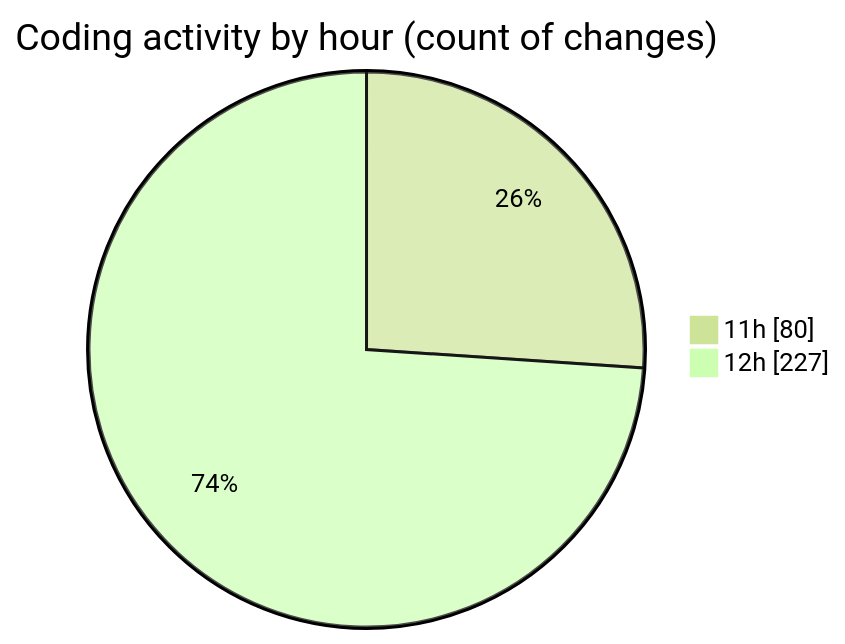
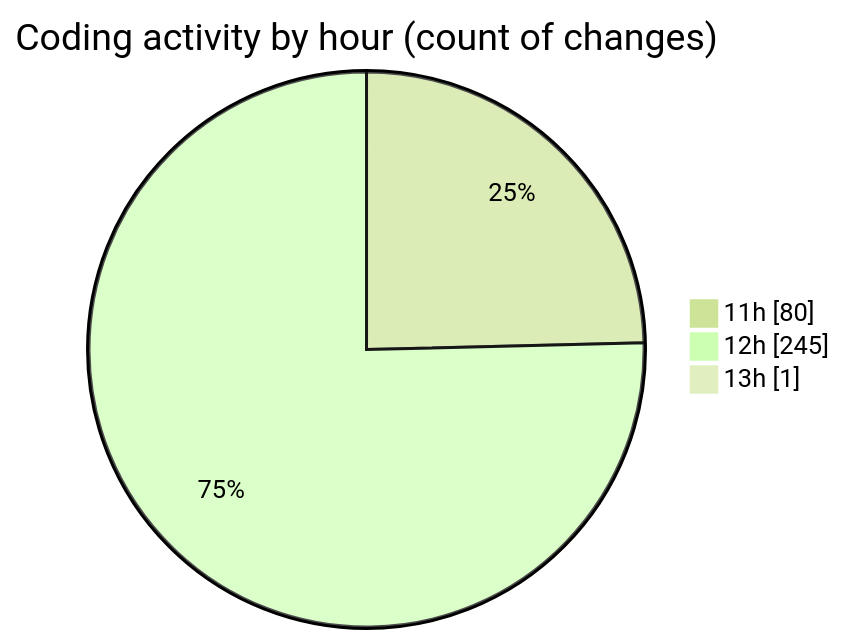
One commit to nxtqubesakshisongat/code-tracking changed the second of 2 diagrams in 2025-04-19/nxtqube_webapp/README.md. Above: the diagram before and after it, drawn with Mermaid (forest theme). The commit also changed other lines of this file and 1 other file, not shown here.

````diff
--- a/2025-04-19/nxtqube_webapp/README.md
+++ b/2025-04-19/nxtqube_webapp/README.md
@@ -40,6 +40,7 @@
 ```mermaid
 pie showData
 title Coding activity by hour (count of changes)
 "11h" : 80
-"12h" : 227
+"12h" : 245
+"13h" : 1
 ```
````
